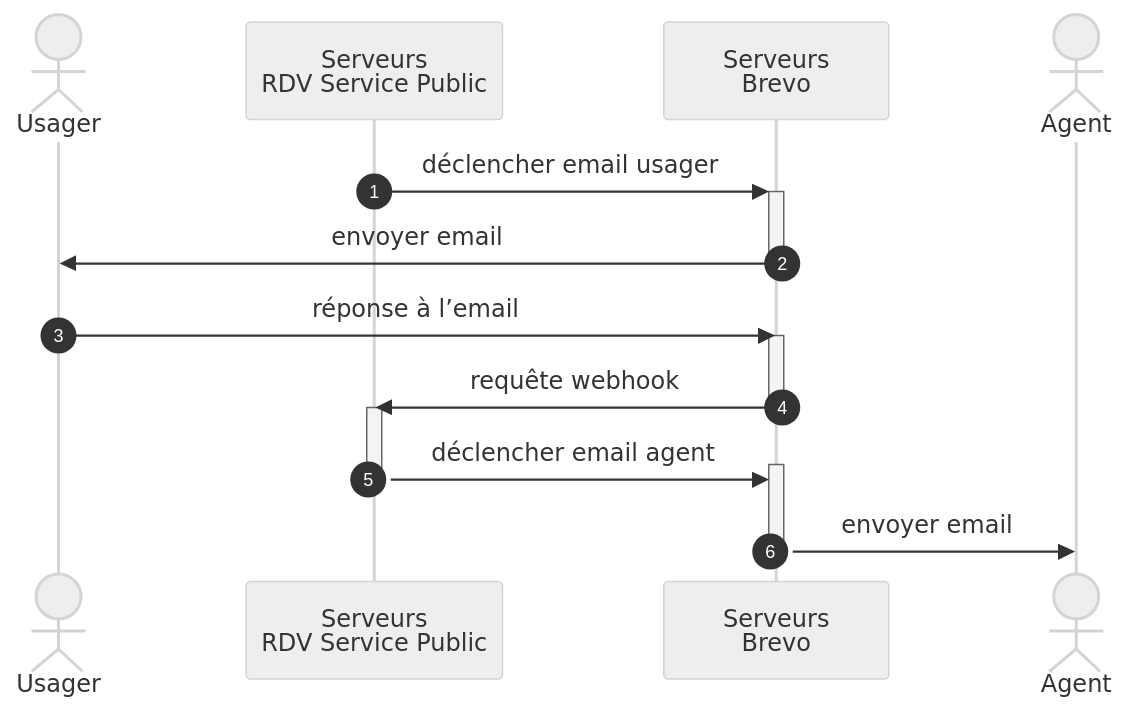
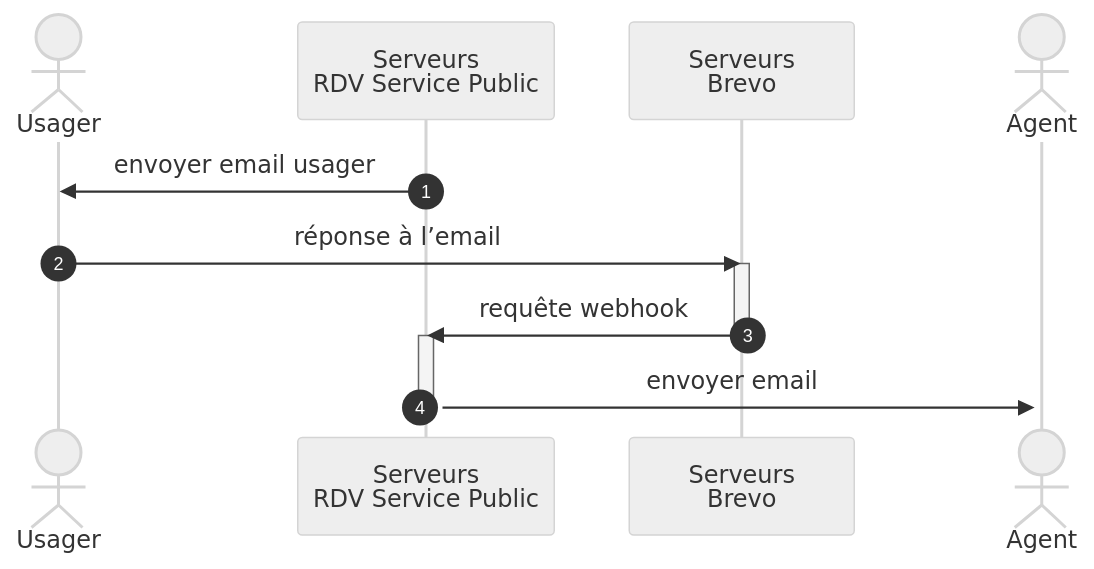
The diagram in docs/interconnexions/brevo.md (betagouv/rdv-service-public), drawn with Mermaid (neutral theme) before and after one commit.

Commit message:
simplifier le diagramme

````diff
--- a/docs/interconnexions/brevo.md
+++ b/docs/interconnexions/brevo.md
@@ -23,19 +23,17 @@
 ```mermaid
 sequenceDiagram
     autonumber
     actor usager as Usager
     participant rdvsp as Serveurs<br>RDV Service Public
     participant brevo as Serveurs<br>Brevo
     actor agent as Agent
-    rdvsp ->>+ brevo: déclencher email usager
-    brevo ->>- usager: envoyer email
+    rdvsp ->> usager: envoyer email usager
 
     usager ->> brevo: réponse à l’email
     activate brevo
     brevo ->> rdvsp: requête webhook
     deactivate brevo
     activate rdvsp
-    rdvsp ->>+ brevo: déclencher email agent
+    rdvsp ->>+ agent: envoyer email
     deactivate rdvsp
-    brevo ->>- agent: envoyer email
 ```
````
